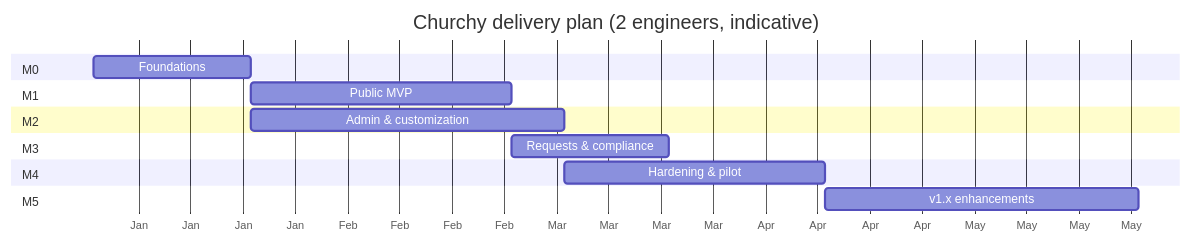
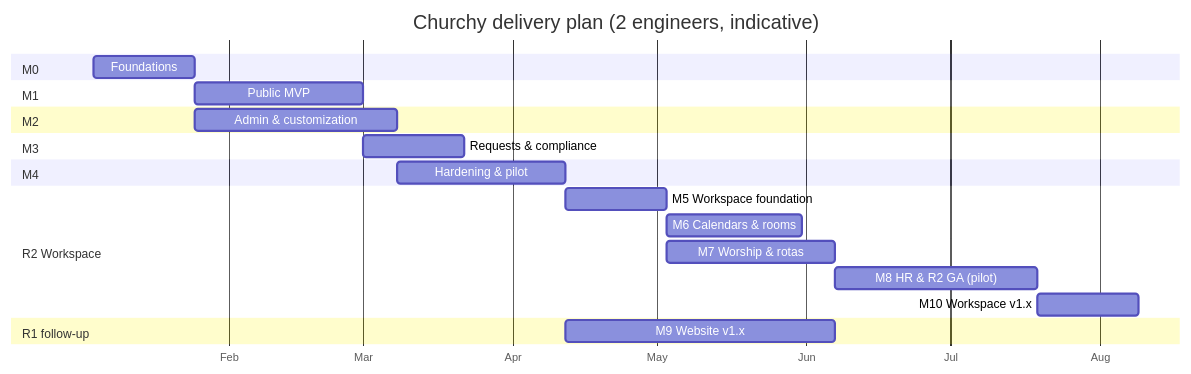
One commit to obviousmarcello/churchy changed the diagram in docs/03-DELIVERABLES.md. Above: the diagram before and after it, drawn with Mermaid. The commit also changed other lines of this file and 3 other files, not shown here.

````diff
--- a/docs/03-DELIVERABLES.md
+++ b/docs/03-DELIVERABLES.md
@@ -47,18 +56,24 @@
 ```mermaid
 gantt
     title Churchy delivery plan (2 engineers, indicative)
     dateFormat  YYYY-MM-DD
     axisFormat  %b
     section M0
     Foundations           :m0, 2027-01-04, 3w
     section M1
     Public MVP            :m1, after m0, 5w
     section M2
     Admin & customization :m2, after m0, 6w
     section M3
     Requests & compliance :m3, after m1, 3w
     section M4
     Hardening & pilot     :m4, after m2, 5w
-    section M5
-    v1.x enhancements     :m5, after m4, 6w
+    section R2 Workspace
+    M5 Workspace foundation :m5, after m4, 3w
+    M6 Calendars & rooms    :m6, after m5, 4w
+    M7 Worship & rotas      :m7, after m5, 5w
+    M8 HR & R2 GA (pilot)   :m8, after m7, 6w
+    M10 Workspace v1.x      :m10, after m8, 3w
+    section R1 follow-up
+    M9 Website v1.x         :m9, after m4, 8w
 ```
````
